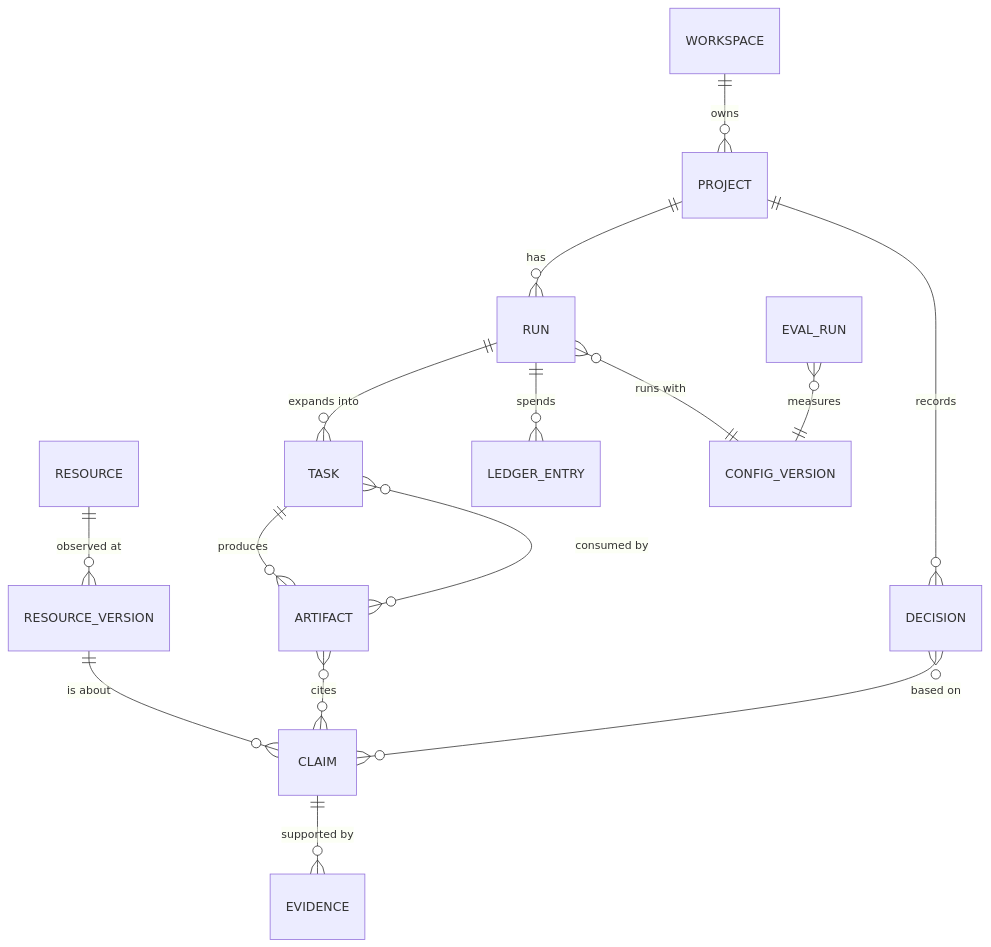
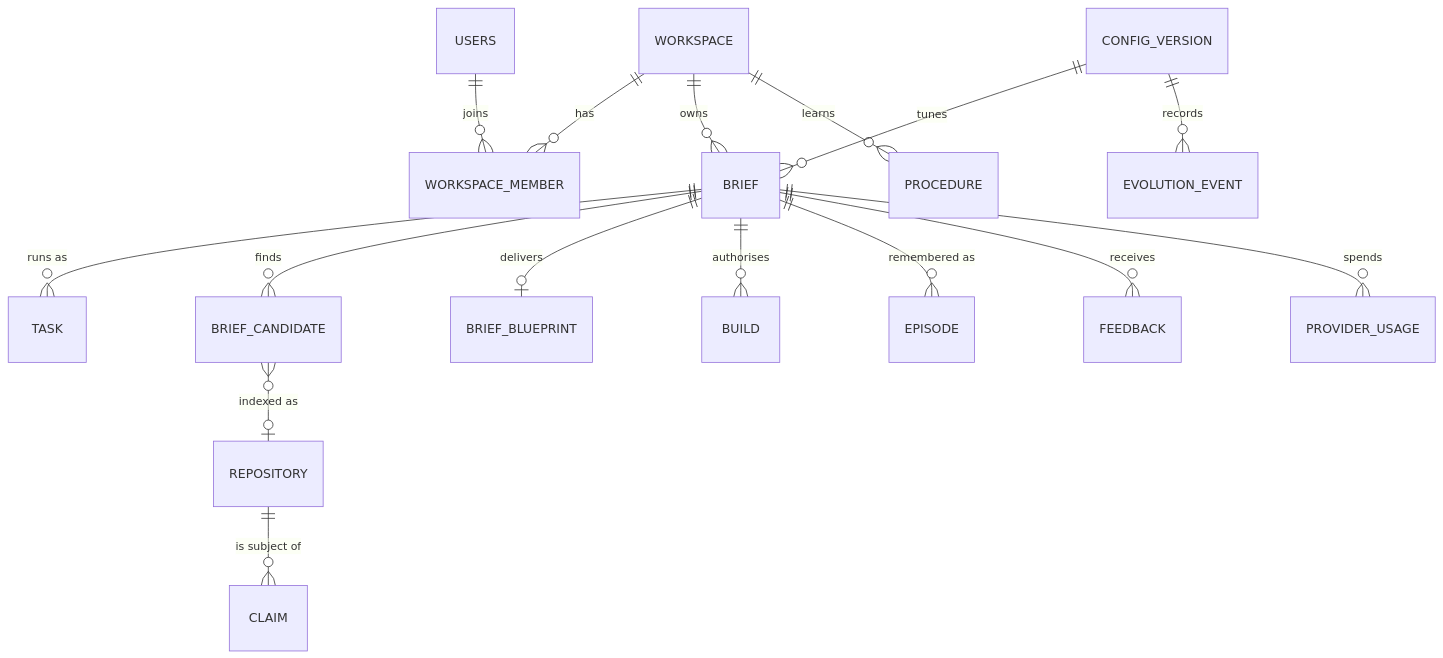
Before and after one commit to priteshvirat24/repo-intelligence: the second of 3 diagrams in docs/SYSTEM_DESIGN.md, drawn with Mermaid. The commit also changed other lines of this file and 10 other files, not shown here.

````diff
--- a/docs/SYSTEM_DESIGN.md
+++ b/docs/SYSTEM_DESIGN.md
@@ -91,17 +118,18 @@
 ```mermaid
 erDiagram
-    WORKSPACE ||--o{ PROJECT : owns
-    PROJECT ||--o{ RUN : has
-    RUN ||--o{ TASK : "expands into"
-    TASK ||--o{ ARTIFACT : produces
-    ARTIFACT }o--o{ TASK : "consumed by"
-    RESOURCE ||--o{ RESOURCE_VERSION : "observed at"
-    RESOURCE_VERSION ||--o{ CLAIM : "is about"
-    CLAIM ||--o{ EVIDENCE : "supported by"
-    ARTIFACT }o--o{ CLAIM : cites
-    PROJECT ||--o{ DECISION : records
-    DECISION }o--o{ CLAIM : "based on"
-    RUN ||--o{ LEDGER_ENTRY : spends
-    RUN }o--|| CONFIG_VERSION : "runs with"
-    EVAL_RUN }o--|| CONFIG_VERSION : measures
+    WORKSPACE ||--o{ WORKSPACE_MEMBER : "has"
+    USERS ||--o{ WORKSPACE_MEMBER : "joins"
+    WORKSPACE ||--o{ BRIEF : "owns"
+    BRIEF ||--o{ TASK : "runs as"
+    BRIEF ||--o{ BRIEF_CANDIDATE : "finds"
+    BRIEF ||--o| BRIEF_BLUEPRINT : "delivers"
+    BRIEF ||--o{ BUILD : "authorises"
+    BRIEF_CANDIDATE }o--o| REPOSITORY : "indexed as"
+    REPOSITORY ||--o{ CLAIM : "is subject of"
+    BRIEF ||--o{ EPISODE : "remembered as"
+    WORKSPACE ||--o{ PROCEDURE : "learns"
+    CONFIG_VERSION ||--o{ BRIEF : "tunes"
+    CONFIG_VERSION ||--o{ EVOLUTION_EVENT : "records"
+    BRIEF ||--o{ FEEDBACK : "receives"
+    BRIEF ||--o{ PROVIDER_USAGE : "spends"
 ```
````
